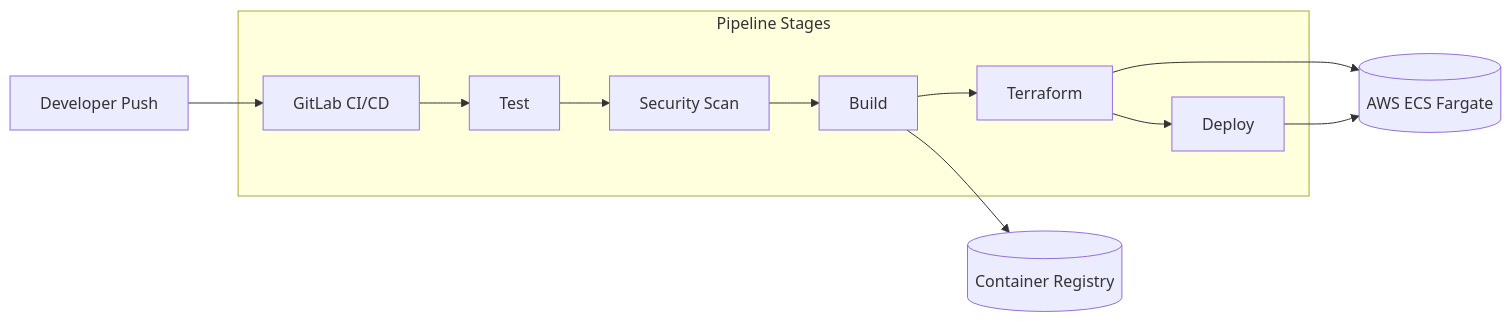
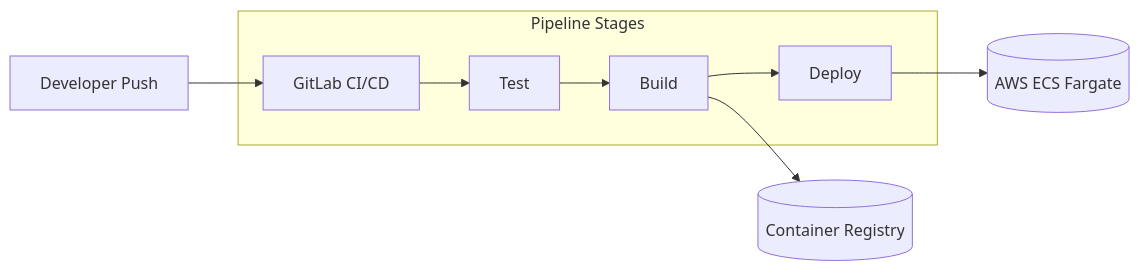
The first of 5 diagrams in sample-projects/GitLab-DevSecOps/README.md (secopsarch/aztf-aks-gitops), drawn with Mermaid before and after one commit. The commit also changed other lines of this file and 18 other files, not shown here.

````diff
--- a/sample-projects/GitLab-DevSecOps/README.md
+++ b/sample-projects/GitLab-DevSecOps/README.md
@@ -8,14 +8,11 @@
 ```mermaid
 graph LR
     A[Developer Push] --> B[GitLab CI/CD]
     subgraph "Pipeline Stages"
         B --> C[Test]
-        C --> D[Security Scan]
-        D --> E[Build]
-        E --> F[Terraform]
-        F --> G[Deploy]
+        C --> D[Build]
+        D --> E[Deploy]
     end
-    E --> H[(Container Registry)]
-    F --> I[(AWS ECS Fargate)]
-    G --> I
+    D --> F[(Container Registry)]
+    E --> G[(AWS ECS Fargate)]
 ```
````
